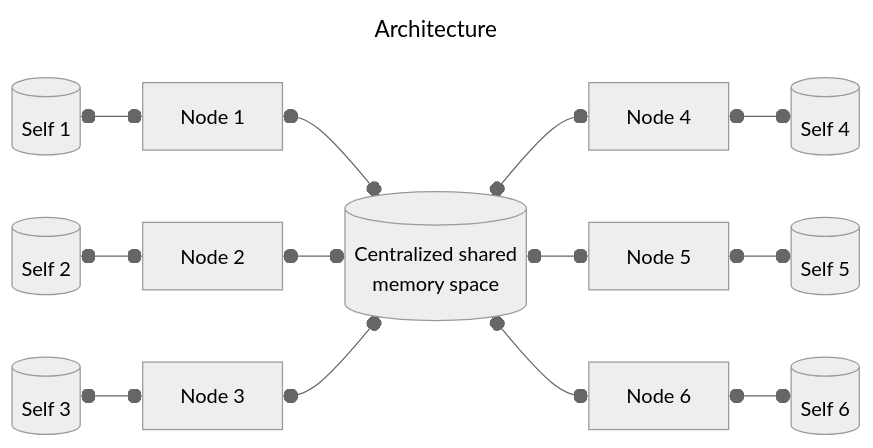
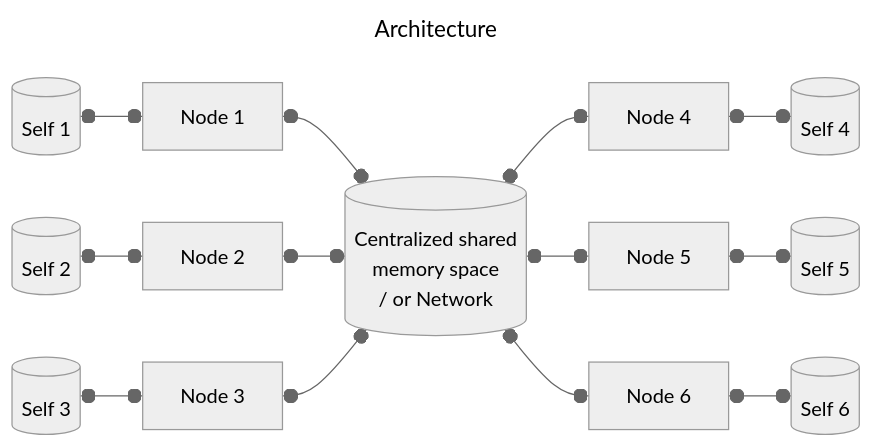
Before and after one commit to PYBrulin/axone: the first of 9 diagrams in README.md, drawn with Mermaid (neutral theme). The commit also changed other lines of this file and 3 other files, not shown here.

````diff
--- a/README.md
+++ b/README.md
@@ -39,14 +39,14 @@
 ```mermaid
 ---
 title: Architecture
 ---
 flowchart LR
-    central_memory[(Centralized shared\nmemory space)]
+    central_memory[(Centralized shared</br>memory space</br> / or Network)]
     self_1[(Self 1)] o--o node_1[Node 1]
     self_2[(Self 2)] o--o node_2[Node 2]
     self_3[(Self 3)] o--o node_3[Node 3]
     node_4[Node 4] o--o self_4[(Self 4)]
     node_5[Node 5] o--o self_5[(Self 5)]
     node_6[Node 6] o--o self_6[(Self 6)]
     node_1 & node_2 & node_3 o--o central_memory o--o node_4 & node_5 & node_6
 ```
````
